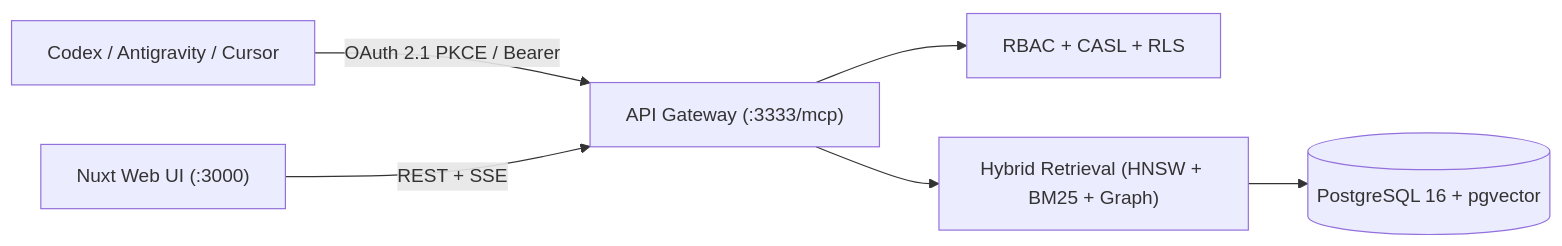
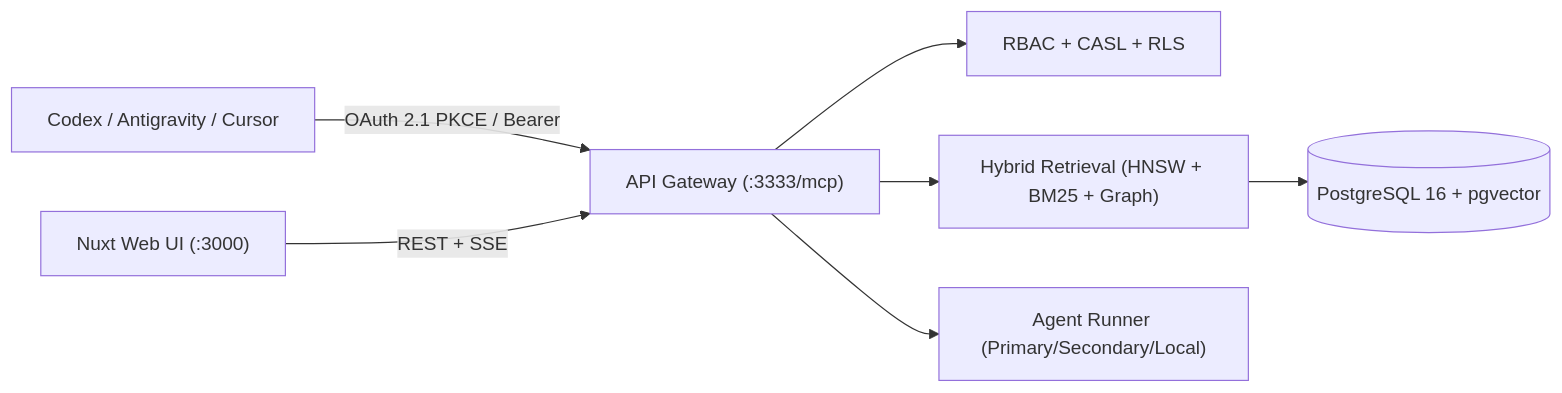
Before and after one commit to matheusbrittod3v/brain: the diagram in brain/.brain/00-overview/vision.md, drawn with Mermaid. The commit also changed other lines of this file and 2 other files, not shown here.

Commit message:
docs(brain): add subagents/runner architecture & enrich vision and onboarding

````diff
--- a/brain/.brain/00-overview/vision.md
+++ b/brain/.brain/00-overview/vision.md
@@ -14,8 +20,9 @@
 ```mermaid
 flowchart LR
   Clients["Codex / Antigravity / Cursor"] -->|OAuth 2.1 PKCE / Bearer| Gateway["API Gateway (:3333/mcp)"]
   WebUI["Nuxt Web UI (:3000)"] -->|REST + SSE| Gateway
   Gateway --> Auth["RBAC + CASL + RLS"]
   Gateway --> Retrieval["Hybrid Retrieval (HNSW + BM25 + Graph)"]
+  Gateway --> Runner["Agent Runner (Primary/Secondary/Local)"]
   Retrieval --> PG[("PostgreSQL 16 + pgvector")]
 ```
````
